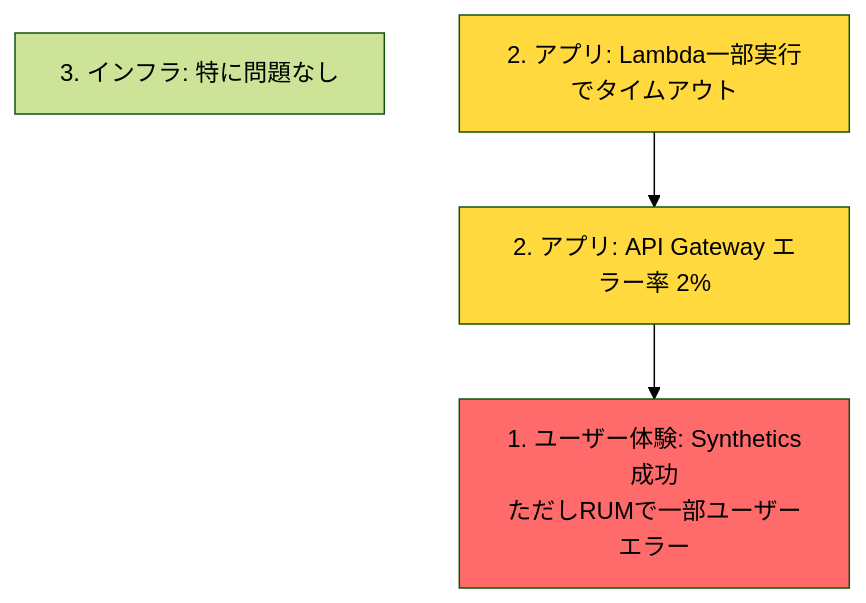
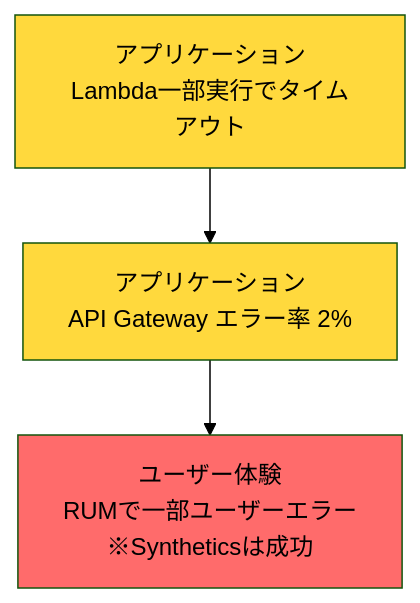
The second of 3 diagrams in docs/monitoring/multi-layer-examples.md (yuki-m1216/tech-notes), drawn with Mermaid (forest theme) before and after one commit. The commit also changed other lines of this file and 1 other file, not shown here.

````diff
--- a/docs/monitoring/multi-layer-examples.md
+++ b/docs/monitoring/multi-layer-examples.md
@@ -176,14 +176,9 @@
 ```mermaid
 graph TD
-    A[3. インフラ: 特に問題なし]
-    B[2. アプリ: Lambda一部実行でタイムアウト]
-    C[2. アプリ: API Gateway エラー率 2%]
-    D[1. ユーザー体験: Synthetics成功<br/>ただしRUMで一部ユーザーエラー]
-
-    B --> C
-    C --> D
+    B[アプリケーション<br/>Lambda一部実行でタイムアウト] --> C[アプリケーション<br/>API Gateway エラー率 2%]
+    C --> D[ユーザー体験<br/>RUMで一部ユーザーエラー<br/>※Syntheticsは成功]
 
     style B fill:#ffd93d
     style C fill:#ffd93d
     style D fill:#ff6b6b
 ```
````
